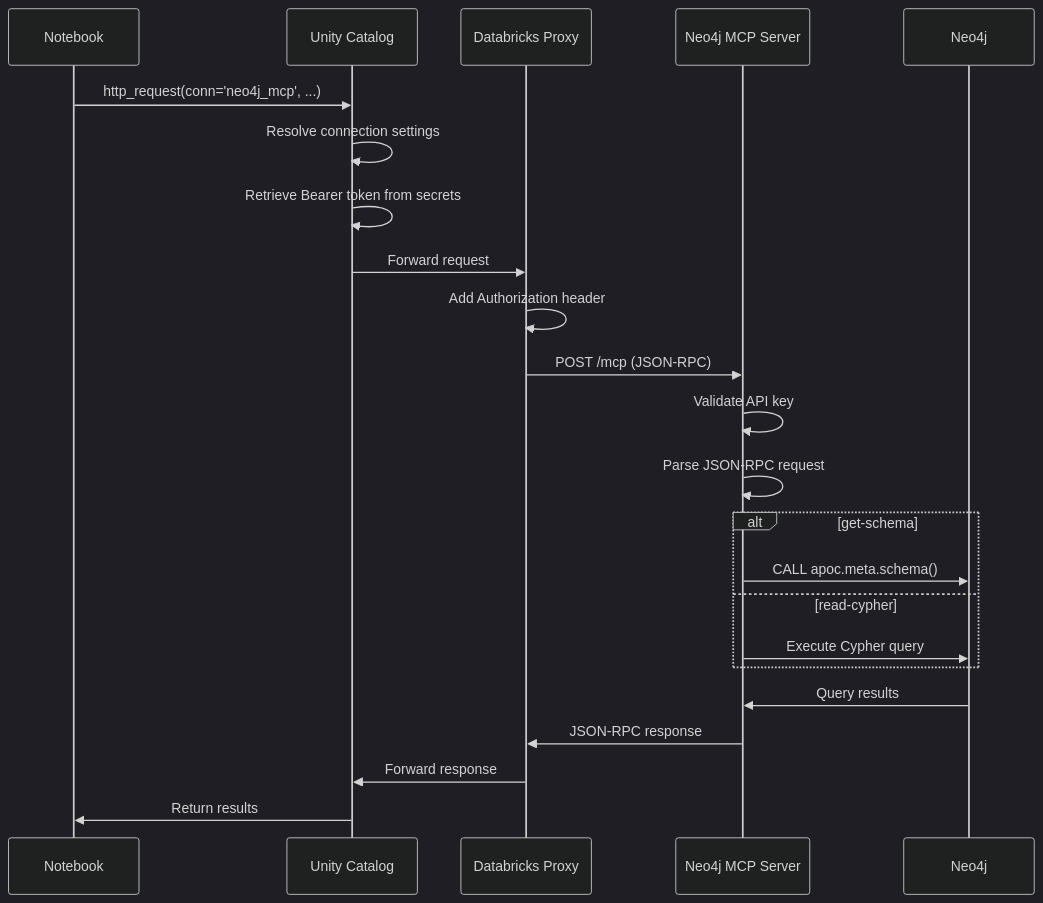
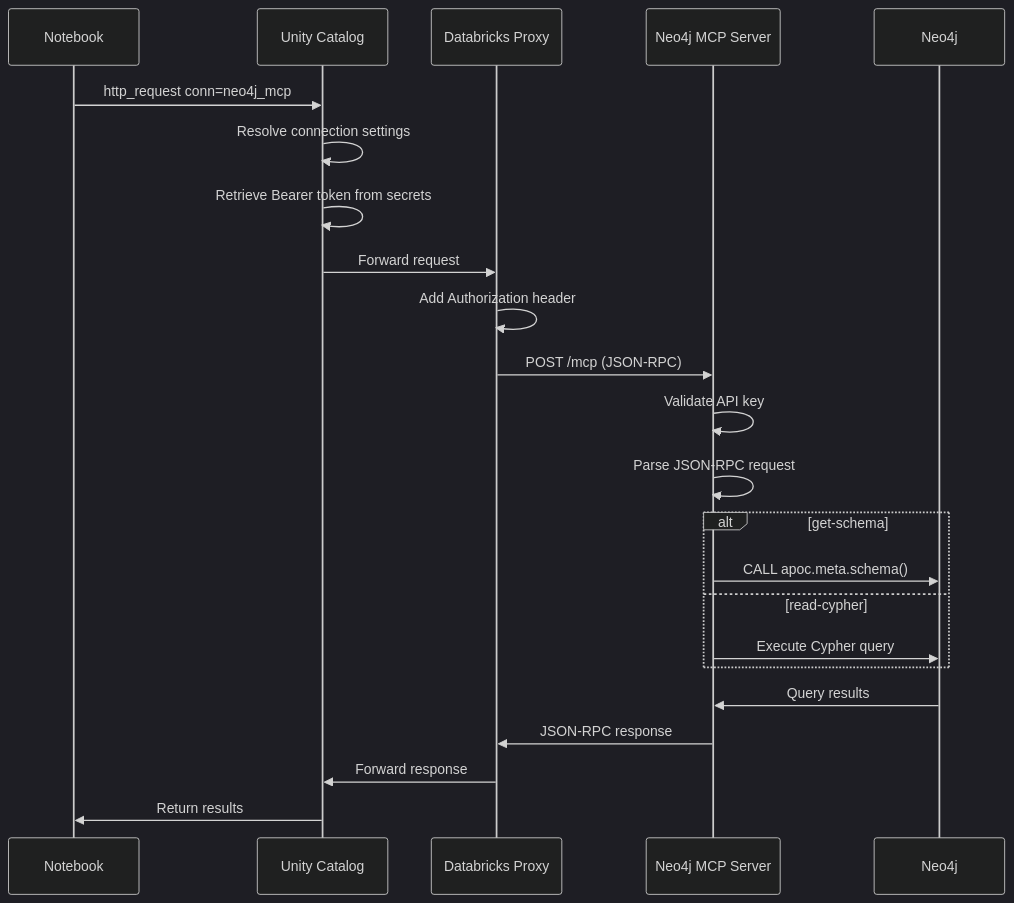
Diagram 11 of 14 in docs/ARCHITECTURE.md (neo4j-partners/azure-neo4j-mcp), drawn with Mermaid (dark theme) before and after one commit. The commit also changed other lines of this file, not shown here.

Commit message:
architecture diagram

````diff
--- a/docs/ARCHITECTURE.md
+++ b/docs/ARCHITECTURE.md
@@ -391,29 +391,29 @@
 ```mermaid
 sequenceDiagram
     participant Notebook
     participant UC as Unity Catalog
     participant Proxy as Databricks Proxy
     participant MCP as Neo4j MCP Server
     participant Neo4j
 
-    Notebook->>UC: http_request(conn='neo4j_mcp', ...)
+    Notebook->>UC: http_request conn=neo4j_mcp
     UC->>UC: Resolve connection settings
     UC->>UC: Retrieve Bearer token from secrets
     UC->>Proxy: Forward request
     Proxy->>Proxy: Add Authorization header
     Proxy->>MCP: POST /mcp (JSON-RPC)
 
     MCP->>MCP: Validate API key
     MCP->>MCP: Parse JSON-RPC request
 
     alt get-schema
         MCP->>Neo4j: CALL apoc.meta.schema()
     else read-cypher
         MCP->>Neo4j: Execute Cypher query
     end
 
     Neo4j->>MCP: Query results
     MCP->>Proxy: JSON-RPC response
     Proxy->>UC: Forward response
     UC->>Notebook: Return results
 ```
````
